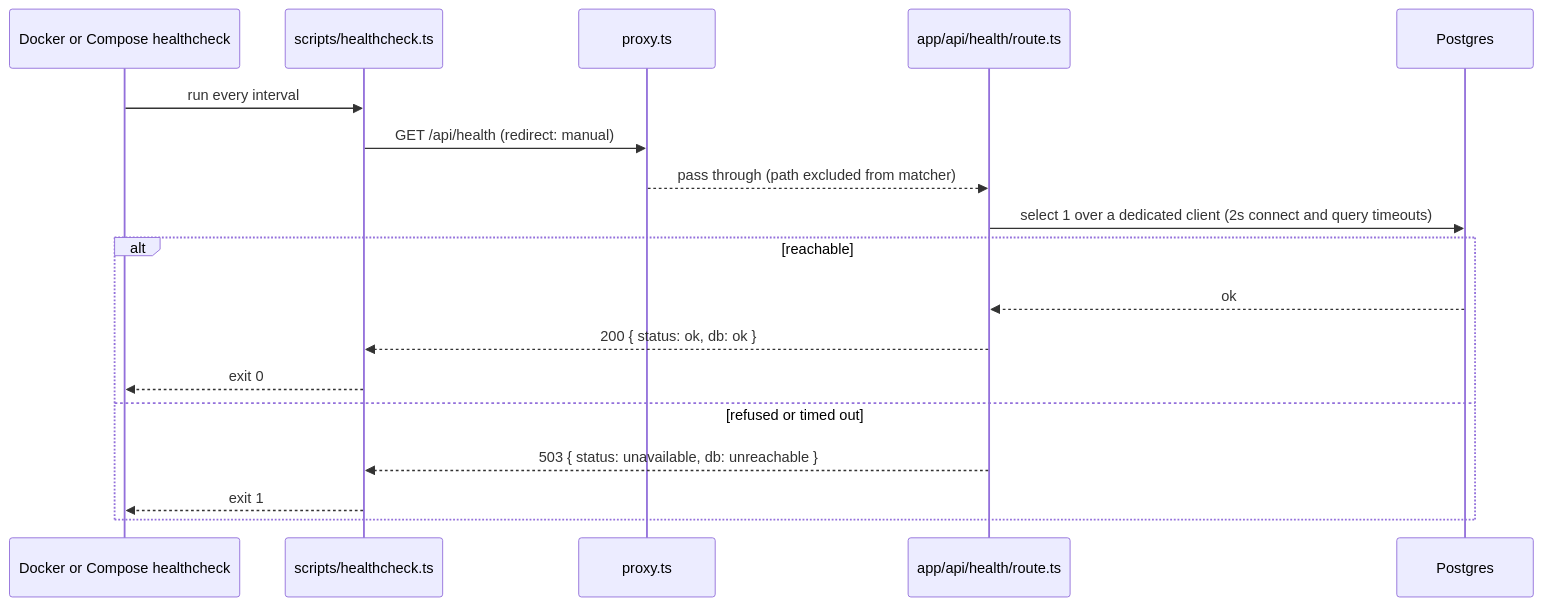
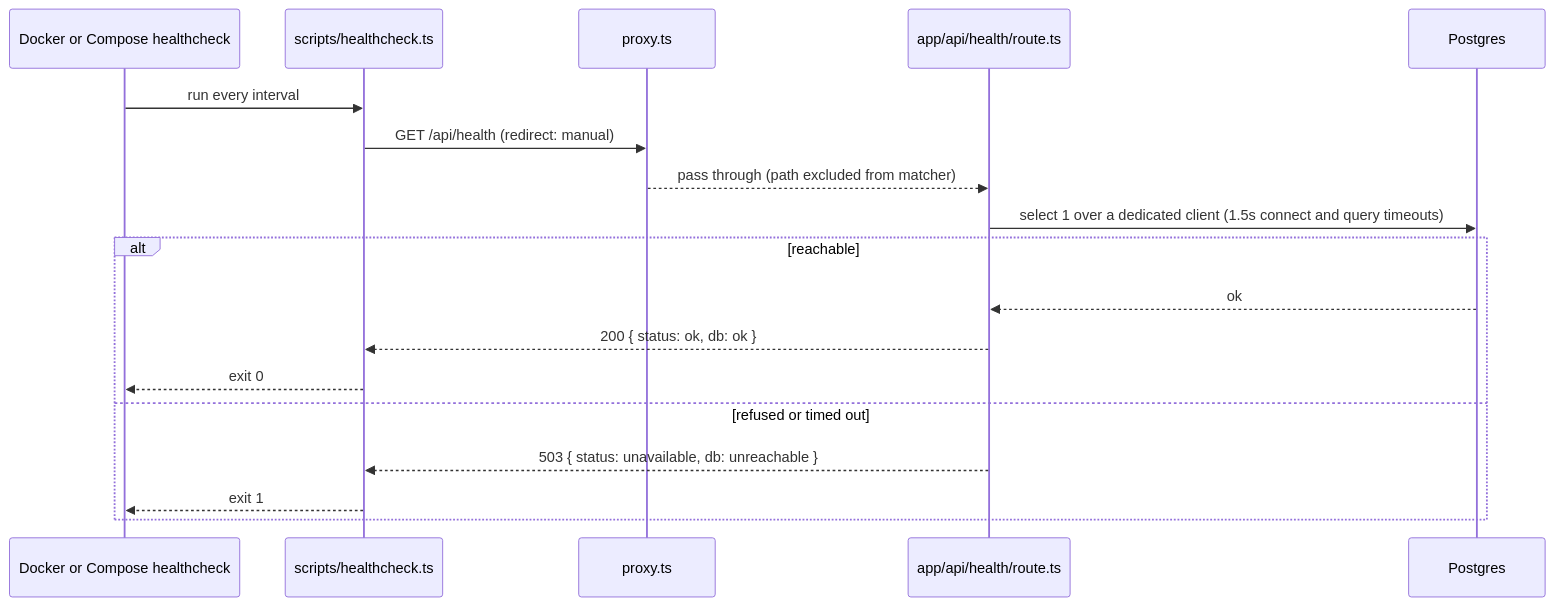
One commit to unclesp1d3r/mag_stacker changed the diagram in docs/plans/2026-09-05-2253-feat-app-health-checks-plan.md. Above: the diagram before and after it, drawn with Mermaid. The commit also changed 4 other files, not shown here.

````diff
--- a/docs/plans/2026-09-05-2253-feat-app-health-checks-plan.md
+++ b/docs/plans/2026-09-05-2253-feat-app-health-checks-plan.md
@@ -113,20 +113,20 @@
 ```mermaid
 sequenceDiagram
   participant D as Docker or Compose healthcheck
   participant S as scripts/healthcheck.ts
   participant P as proxy.ts
   participant R as app/api/health/route.ts
   participant DB as Postgres
   D->>S: run every interval
   S->>P: GET /api/health (redirect: manual)
   P-->>R: pass through (path excluded from matcher)
-  R->>DB: select 1 over a dedicated client (2s connect and query timeouts)
+  R->>DB: select 1 over a dedicated client (1.5s connect and query timeouts)
   alt reachable
     DB-->>R: ok
     R-->>S: 200 { status: ok, db: ok }
     S-->>D: exit 0
   else refused or timed out
     R-->>S: 503 { status: unavailable, db: unreachable }
     S-->>D: exit 1
   end
 ```
````
